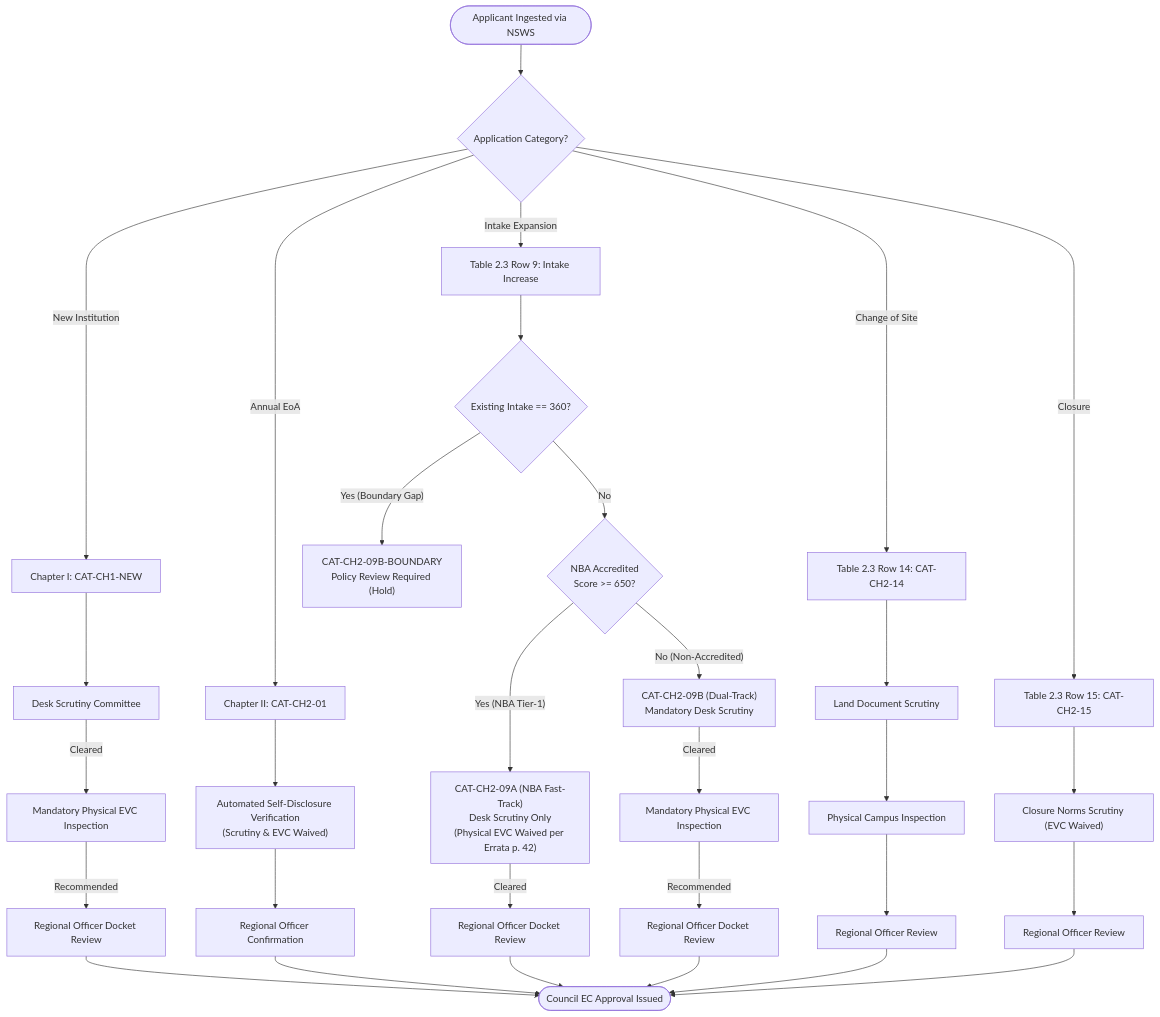
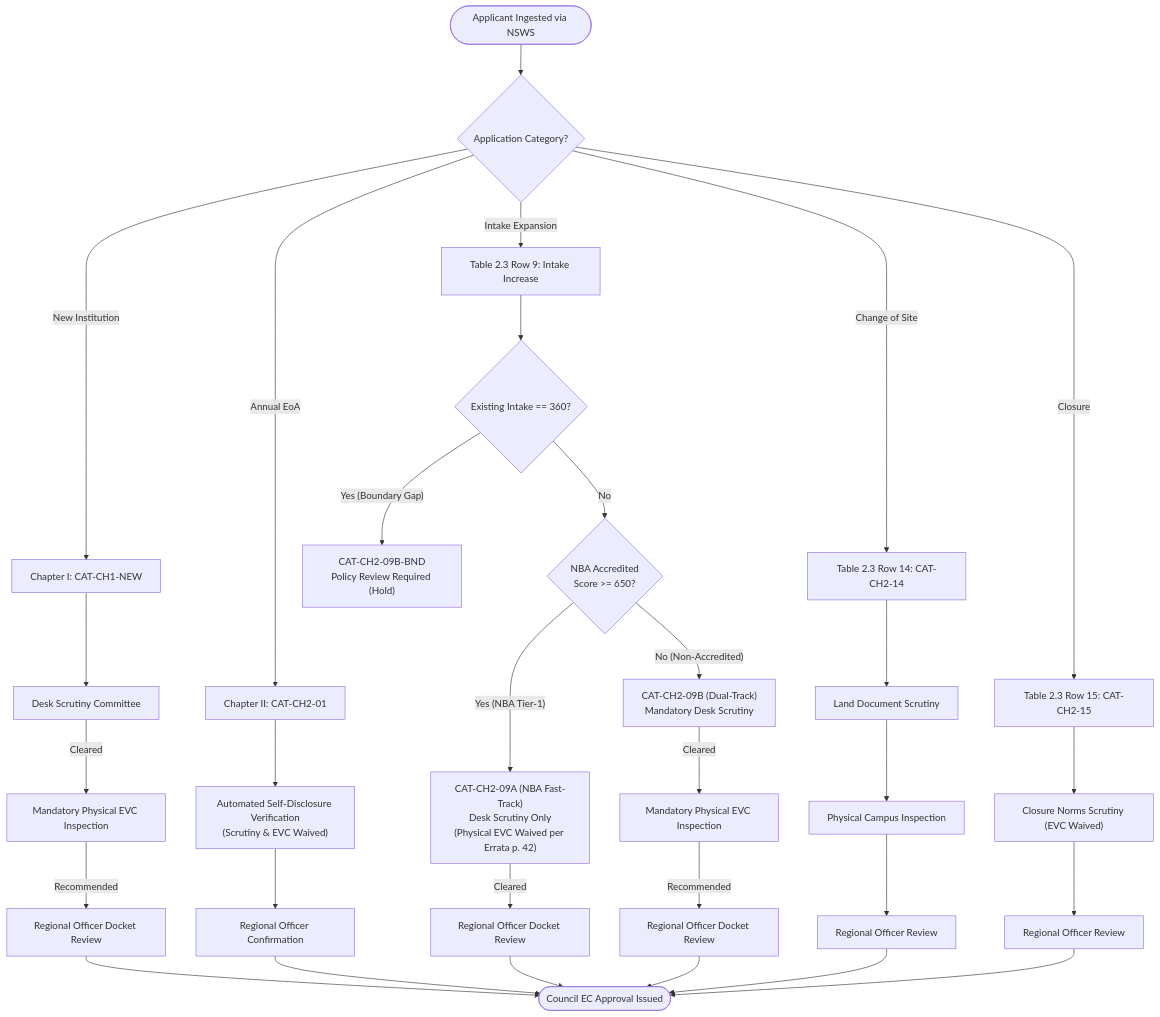
Before and after one commit to Parth-Chavan-15/SIH-2026-AICTE: the third of 10 diagrams in docs/final_acceptance/NIYAMSETU_FINAL_SYSTEM_SPECIFICATION.md, drawn with Mermaid. The commit also changed other lines of this file and 11 other files, not shown here.

Commit message:
docs: regenerate canonical specifications, verification dossier, and finalize README with click-to-view diagrams

````diff
--- a/docs/final_acceptance/NIYAMSETU_FINAL_SYSTEM_SPECIFICATION.md
+++ b/docs/final_acceptance/NIYAMSETU_FINAL_SYSTEM_SPECIFICATION.md
@@ -164,38 +164,38 @@
 ```mermaid
 flowchart TD
     START(["Applicant Ingested via NSWS"]) --> CHK_TYPE{"Application Category?"}
 
     CHK_TYPE -->|"New Institution"| CH1["Chapter I: CAT-CH1-NEW"]
     CH1 --> SEQ1["Desk Scrutiny Committee"]
     SEQ1 -->|"Cleared"| EVC1["Mandatory Physical EVC Inspection"]
     EVC1 -->|"Recommended"| RO1["Regional Officer Docket Review"]
 
     CHK_TYPE -->|"Annual EoA"| CH2_EOA["Chapter II: CAT-CH2-01"]
     CH2_EOA --> FAST_EOA["Automated Self-Disclosure Verification\n(Scrutiny & EVC Waived)"]
     FAST_EOA --> RO_EOA["Regional Officer Confirmation"]
 
     CHK_TYPE -->|"Intake Expansion"| CH2_INC["Table 2.3 Row 9: Intake Increase"]
     CH2_INC --> CHK_BND{"Existing Intake == 360?"}
-    CHK_BND -->|"Yes (Boundary Gap)"| BND_HOLD["CAT-CH2-09B-BOUNDARY\nPolicy Review Required (Hold)"]
+    CHK_BND -->|"Yes (Boundary Gap)"| BND_HOLD["CAT-CH2-09B-BND\nPolicy Review Required (Hold)"]
     CHK_BND -->|"No"| CHK_NBA{"NBA Accredited\nScore >= 650?"}
     
     CHK_NBA -->|"Yes (NBA Tier-1)"| R_9A["CAT-CH2-09A (NBA Fast-Track)\nDesk Scrutiny Only\n(Physical EVC Waived per Errata p. 42)"]
     R_9A -->|"Cleared"| RO_9A["Regional Officer Docket Review"]
     
     CHK_NBA -->|"No (Non-Accredited)"| R_9B["CAT-CH2-09B (Dual-Track)\nMandatory Desk Scrutiny"]
     R_9B -->|"Cleared"| EVC_9B["Mandatory Physical EVC Inspection"]
     EVC_9B -->|"Recommended"| RO_9B["Regional Officer Docket Review"]
 
     CHK_TYPE -->|"Change of Site"| CH2_14["Table 2.3 Row 14: CAT-CH2-14"]
     CH2_14 --> LAND_SCR["Land Document Scrutiny"] --> LAND_EVC["Physical Campus Inspection"] --> RO_14["Regional Officer Review"]
 
     CHK_TYPE -->|"Closure"| CH2_15["Table 2.3 Row 15: CAT-CH2-15"]
     CH2_15 --> CLS_SCR["Closure Norms Scrutiny (EVC Waived)"] --> RO_15["Regional Officer Review"]
 
     RO1 --> APPR(["Council EC Approval Issued"])
     RO_EOA --> APPR
     RO_9A --> APPR
     RO_9B --> APPR
     RO_14 --> APPR
     RO_15 --> APPR
 ```
````
